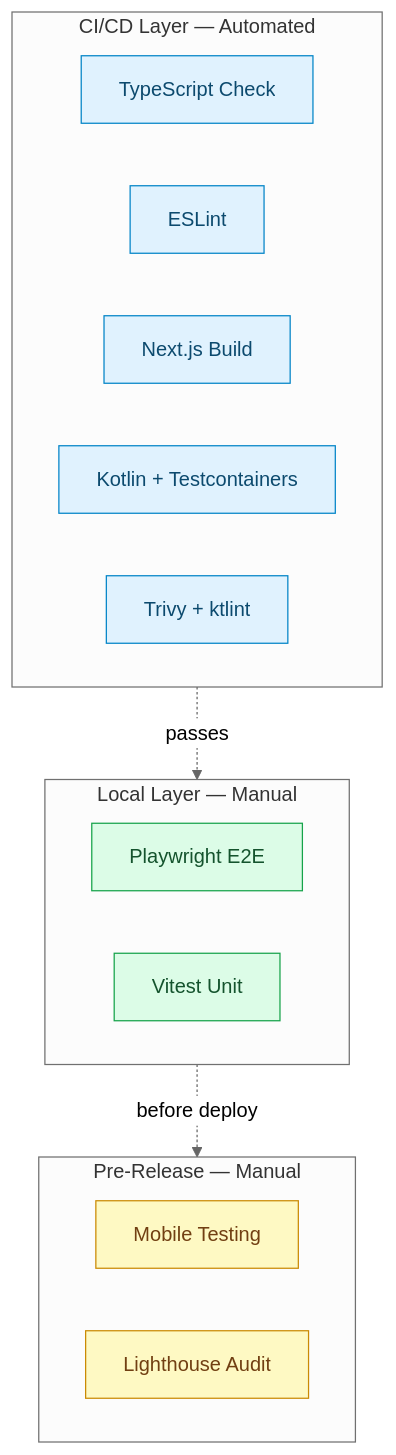
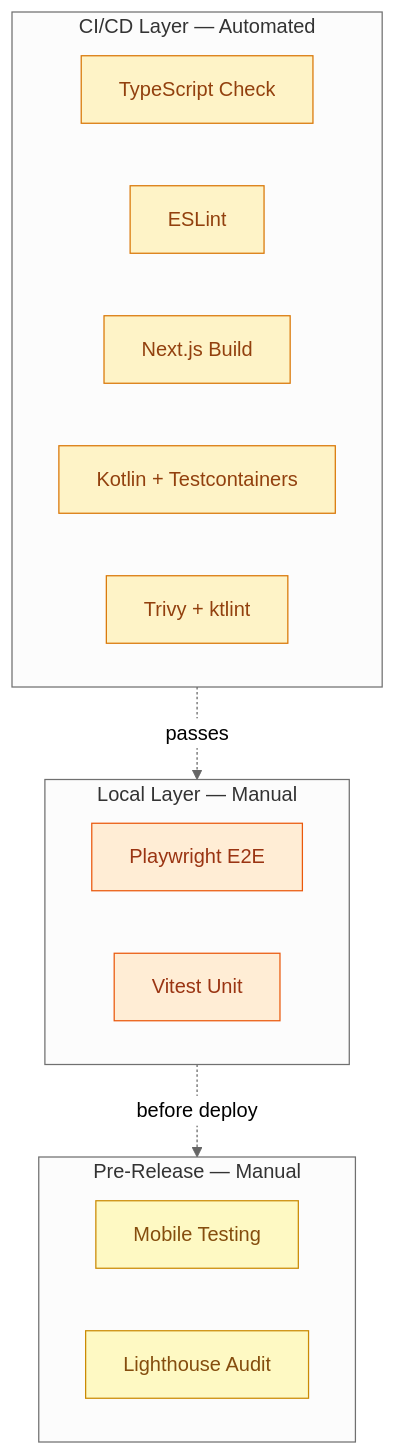
One commit to deznode/nosilha changed the diagram in docs/testing.md. Above: the diagram before and after it, drawn with Mermaid (neutral theme). The commit also changed 8 other files, not shown here.

````diff
--- a/docs/testing.md
+++ b/docs/testing.md
@@ -7,31 +7,31 @@
 ```mermaid
 graph TB
     subgraph ci["CI/CD Layer — Automated"]
         TS["TypeScript Check"]
         LINT["ESLint"]
         BUILD["Next.js Build"]
         KOTLIN["Kotlin + Testcontainers"]
         SEC["Trivy + ktlint"]
     end
 
     subgraph local["Local Layer — Manual"]
         E2E["Playwright E2E"]
         UNIT["Vitest Unit"]
     end
 
     subgraph pre["Pre-Release — Manual"]
         MOBILE["Mobile Testing"]
         LH["Lighthouse Audit"]
     end
 
     ci -.->|"passes"| local
     local -.->|"before deploy"| pre
 
-    classDef ciNode fill:#e0f2fe,stroke:#0284c7,color:#0c4a6e
-    classDef localNode fill:#dcfce7,stroke:#16a34a,color:#14532d
-    classDef preNode fill:#fef9c3,stroke:#ca8a04,color:#713f12
+    classDef ciNode fill:#fef3c7,stroke:#d97706,color:#92400e
+    classDef localNode fill:#ffedd5,stroke:#ea580c,color:#9a3412
+    classDef preNode fill:#fef9c3,stroke:#ca8a04,color:#854d0e
 
     class TS,LINT,BUILD,KOTLIN,SEC ciNode
     class E2E,UNIT localNode
     class MOBILE,LH preNode
 ```
````
